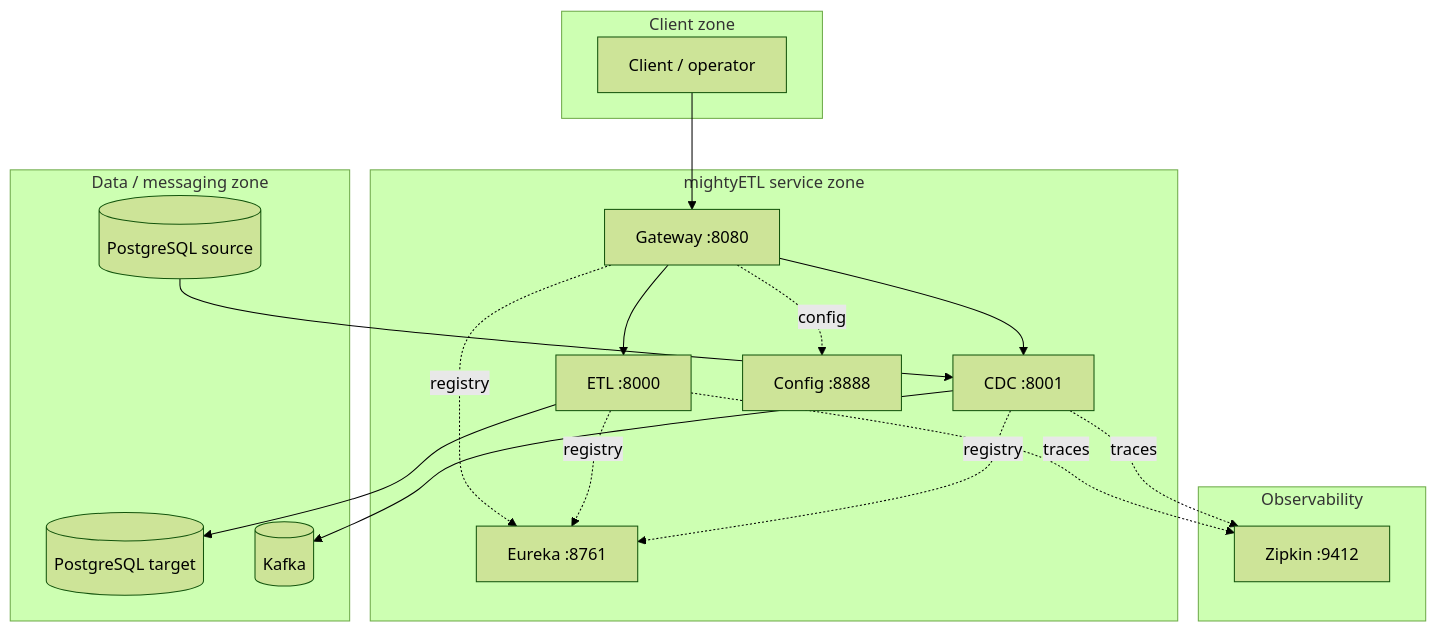
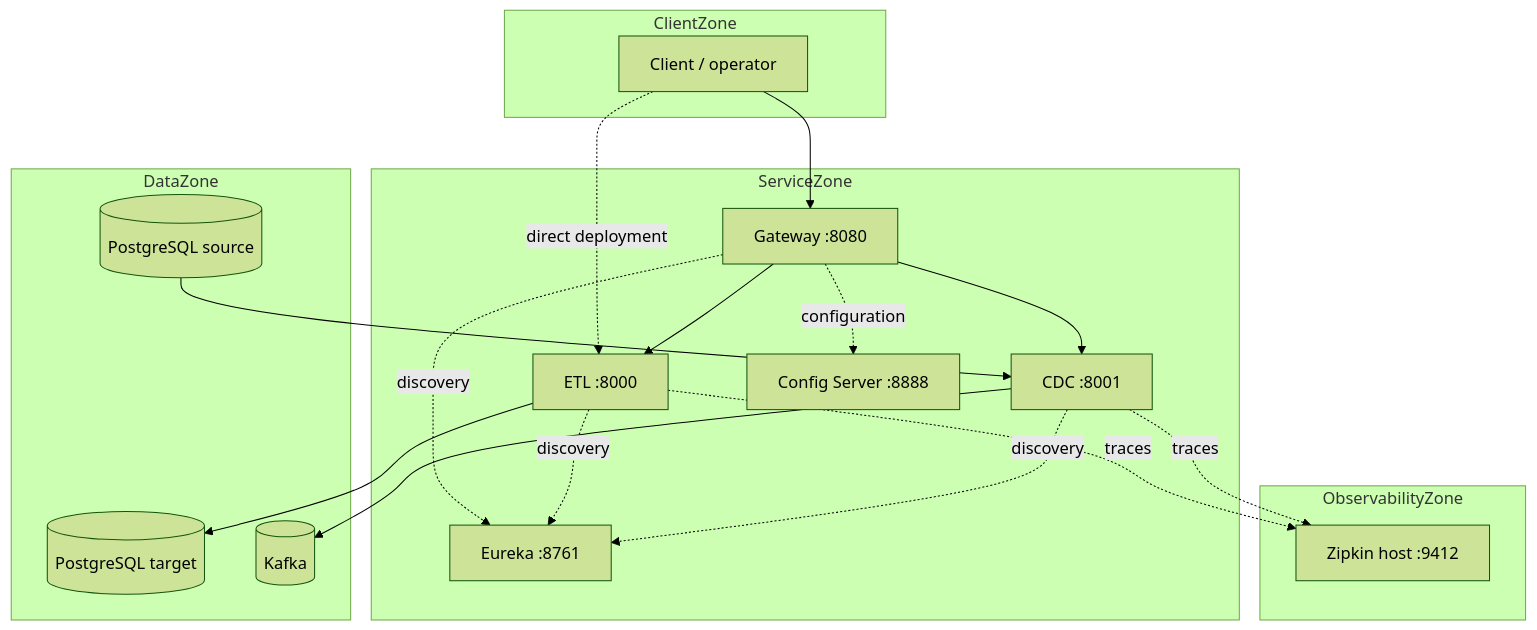
Before and after one commit to ContextualWisdomLab/mightyETL: the tenth of 16 diagrams in docs/UML.md, drawn with Mermaid (forest theme). The commit also changed other lines of this file, not shown here.

Commit message:
docs: add identity recovery DLT and release UML

````diff
--- a/docs/UML.md
+++ b/docs/UML.md
@@ -227,37 +214,35 @@
 ```mermaid
 flowchart TB
-    subgraph ClientZone[Client zone]
+    subgraph ClientZone
         Client[Client / operator]
     end
-
-    subgraph ServiceZone[mightyETL service zone]
+    subgraph ServiceZone
         Gateway[Gateway :8080]
         ETL[ETL :8000]
         CDC[CDC :8001]
         Eureka[Eureka :8761]
-        Config[Config :8888]
+        Config[Config Server :8888]
     end
-
-    subgraph DataZone[Data / messaging zone]
+    subgraph DataZone
         Target[(PostgreSQL target)]
         Source[(PostgreSQL source)]
         Kafka[(Kafka)]
     end
-
-    subgraph ObservabilityZone[Observability]
-        Zipkin[Zipkin :9412]
+    subgraph ObservabilityZone
+        Zipkin[Zipkin host :9412]
     end
 
     Client --> Gateway
+    Client -. direct deployment .-> ETL
     Gateway --> ETL
     Gateway --> CDC
     ETL --> Target
     Source --> CDC
     CDC --> Kafka
-    Gateway -. registry .-> Eureka
-    ETL -. registry .-> Eureka
-    CDC -. registry .-> Eureka
-    Gateway -. config .-> Config
+    Gateway -. discovery .-> Eureka
+    ETL -. discovery .-> Eureka
+    CDC -. discovery .-> Eureka
+    Gateway -. configuration .-> Config
     ETL -. traces .-> Zipkin
     CDC -. traces .-> Zipkin
 ```
````
